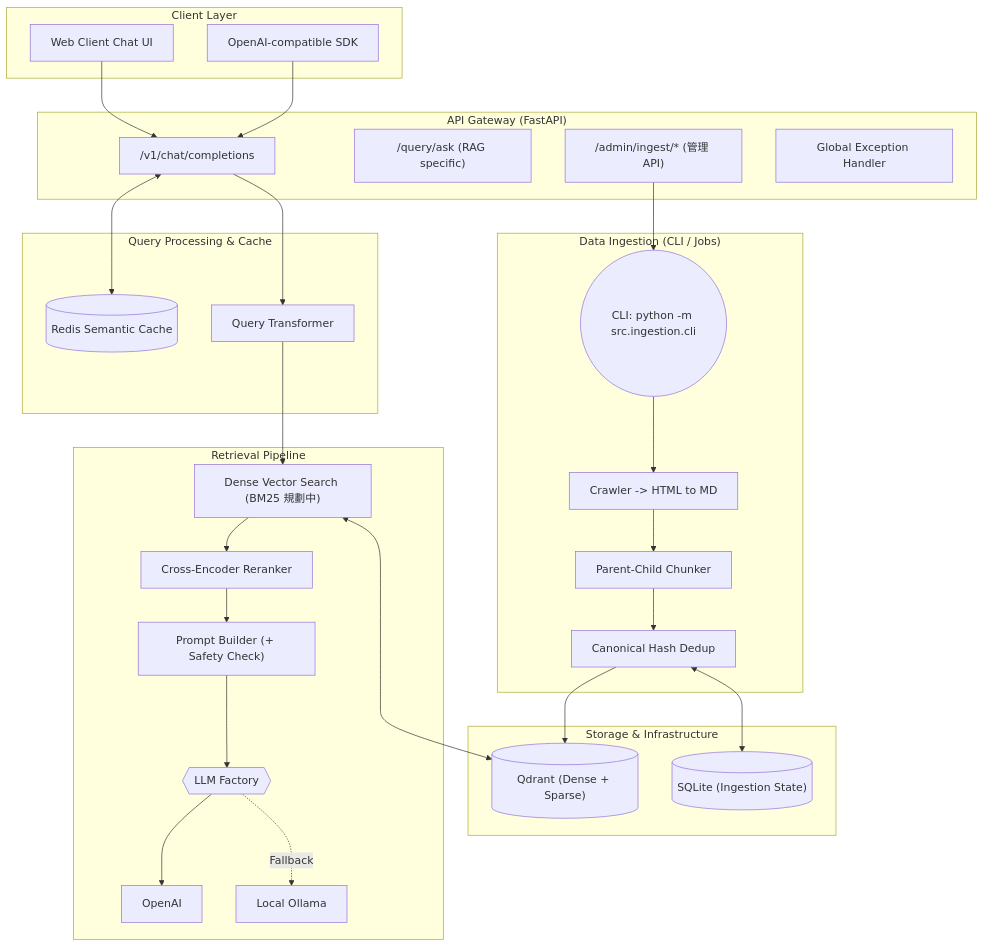
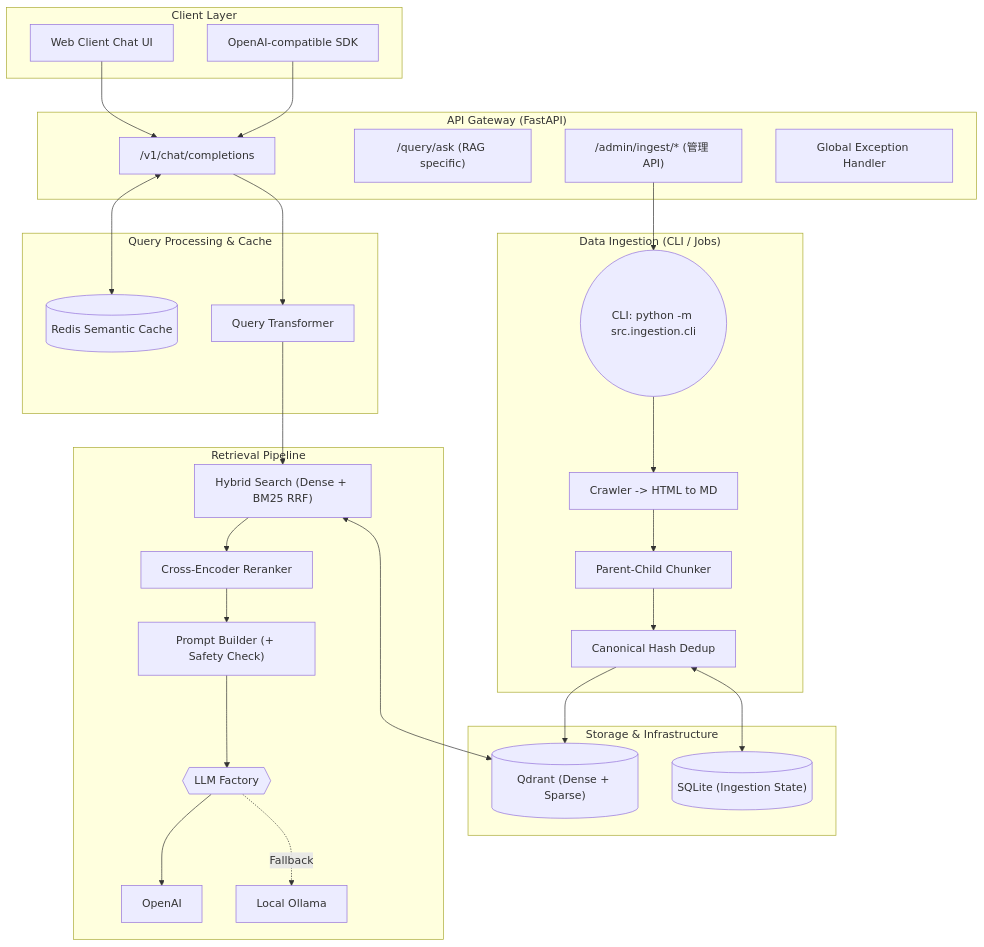
Before and after one commit to ToooAir/german-visa-rag: the diagram in README_TC.md, drawn with Mermaid. The commit also changed other lines of this file and 6 other files, not shown here.

Commit message:
feat: Implement a sparse encoder for BM25-style hybrid search with Qdrant and RRF, adding new files for encoding, testing, and data, and updating existing configurations and documentation.

````diff
--- a/README_TC.md
+++ b/README_TC.md
@@ -35,53 +35,53 @@
 ```mermaid
 graph TB
     subgraph "Client Layer"
         A1["Web Client Chat UI"]
         A2["OpenAI-compatible SDK"]
     end
 
     subgraph "API Gateway (FastAPI)"
         B1["/v1/chat/completions"]
         B2["/query/ask (RAG specific)"]
         B3["/admin/ingest/* (管理 API)"]
         EH["Global Exception Handler"]
     end
 
     subgraph "Query Processing & Cache"
         C1["Query Transformer"]
         E2[("Redis Semantic Cache")]
     end
 
     subgraph "Retrieval Pipeline"
-        D1["Dense Vector Search (BM25 規劃中)"]
+        D1["Hybrid Search (Dense + BM25 RRF)"]
         D2["Cross-Encoder Reranker"]
         D3["Prompt Builder (+ Safety Check)"]
         F1{{"LLM Factory"}}
         LLM_A["OpenAI"]
         LLM_B["Local Ollama"]
     end
 
     subgraph "Data Ingestion (CLI / Jobs)"
         G0(("CLI: python -m src.ingestion.cli"))
         G1["Crawler -> HTML to MD"]
         G2["Parent-Child Chunker"]
         G3["Canonical Hash Dedup"]
     end
 
     subgraph "Storage & Infrastructure"
         E1[("Qdrant (Dense + Sparse)")]
         E3[("SQLite (Ingestion State)")]
     end
 
     A1 --> B1
     A2 --> B1
     B1 <--> E2
     B1 --> C1 --> D1 --> D2 --> D3
     D3 --> F1
     F1 --> LLM_A
     F1 -. Fallback .-> LLM_B
     D1 <--> E1
     B3 --> G0
     
     G0 --> G1 --> G2 --> G3 --> E1
     G3 <--> E3
 ```
````
